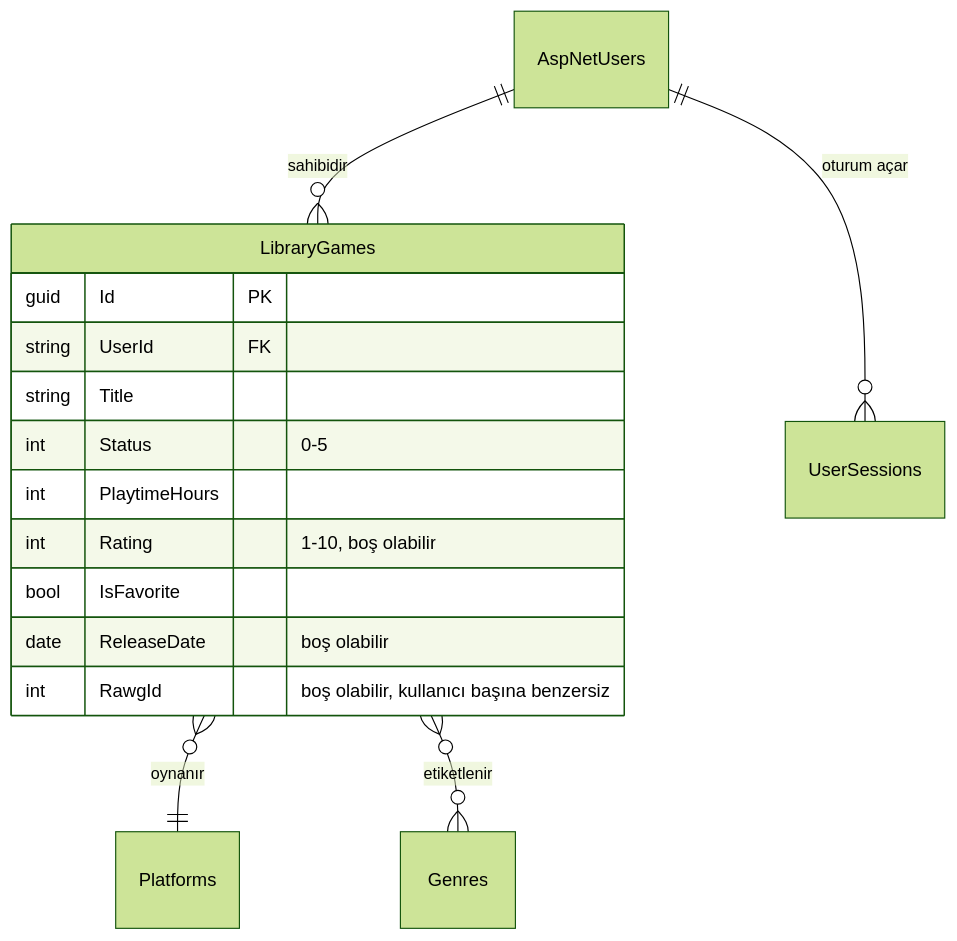
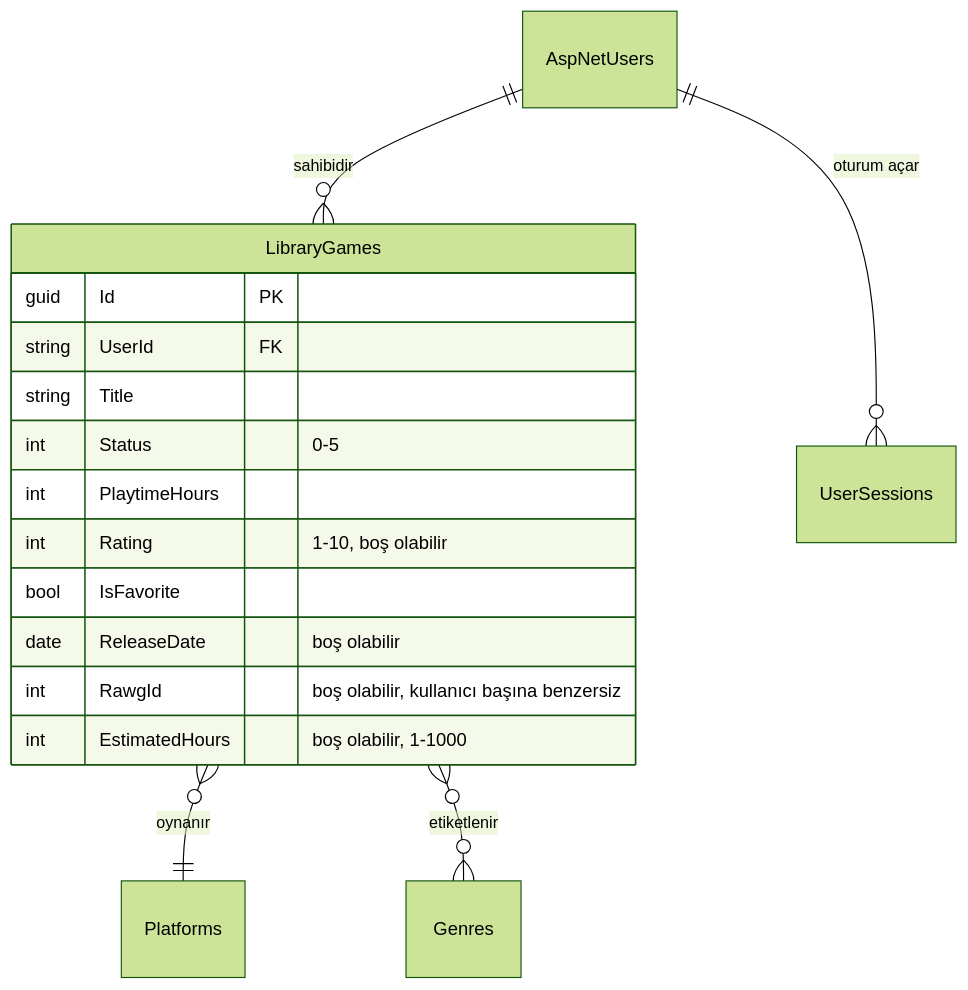
One commit to MertDas24/GameVault changed the second of 2 diagrams in README.tr.md. Above: the diagram before and after it, drawn with Mermaid (forest theme). The commit also changed other lines of this file and 40 other files, not shown here.

````diff
--- a/README.tr.md
+++ b/README.tr.md
@@ -139,19 +142,20 @@
 ```mermaid
 erDiagram
     AspNetUsers ||--o{ LibraryGames : "sahibidir"
     AspNetUsers ||--o{ UserSessions : "oturum açar"
     LibraryGames }o--|| Platforms : "oynanır"
     LibraryGames }o--o{ Genres : "etiketlenir"
 
     LibraryGames {
         guid Id PK
         string UserId FK
         string Title
         int Status "0-5"
         int PlaytimeHours
         int Rating "1-10, boş olabilir"
         bool IsFavorite
         date ReleaseDate "boş olabilir"
         int RawgId "boş olabilir, kullanıcı başına benzersiz"
+        int EstimatedHours "boş olabilir, 1-1000"
     }
 ```
````
